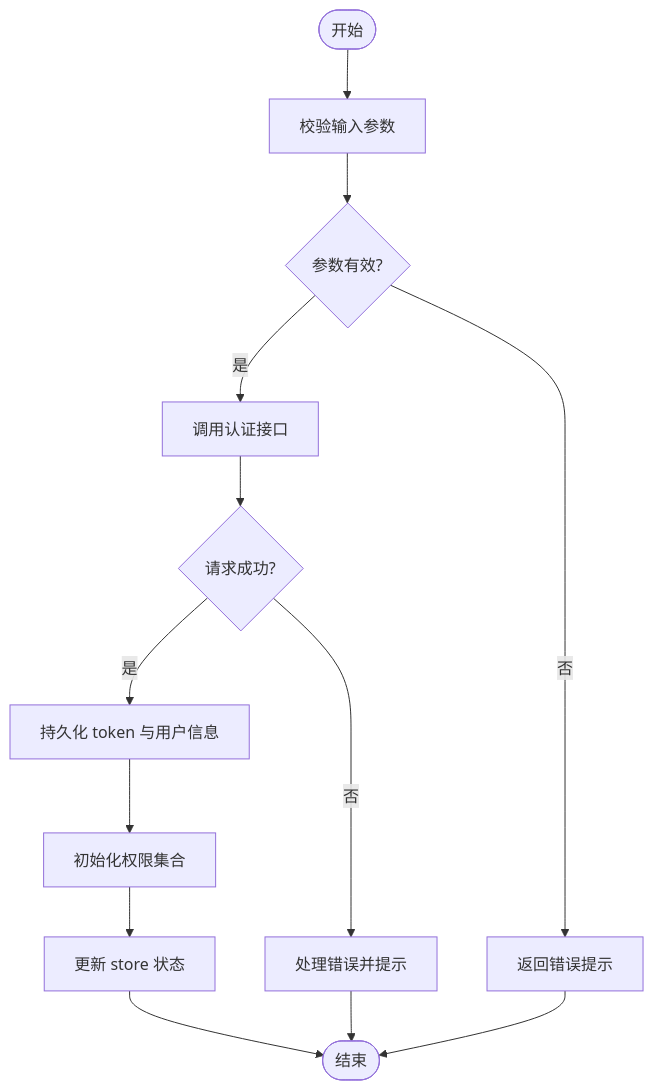
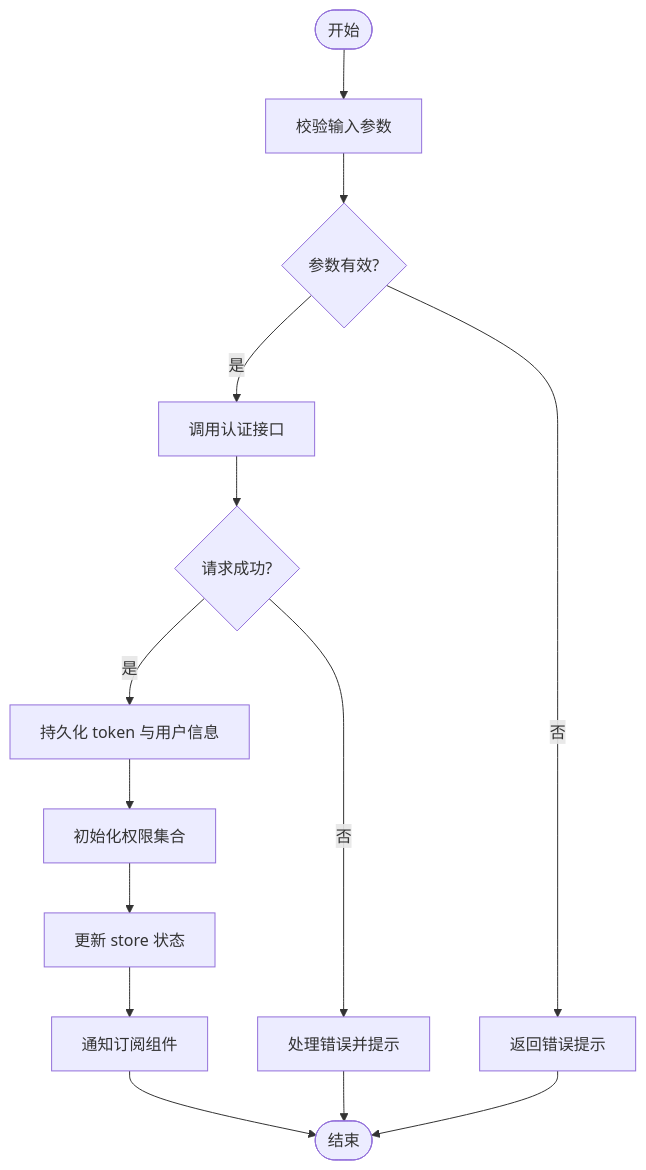
One commit to Damao997/newproject changed the sixth of 7 diagrams in .qoder/repowiki/zh/content/架构设计/状态管理/Zustand Store设计.md. Above: the diagram before and after it, drawn with Mermaid. The commit also changed other lines of this file and 22 other files, not shown here.

````diff
--- a/.qoder/repowiki/zh/content/架构设计/状态管理/Zustand Store设计.md
+++ b/.qoder/repowiki/zh/content/架构设计/状态管理/Zustand Store设计.md
@@ -301,15 +432,16 @@
 ```mermaid
 flowchart TD
 Start(["开始"]) --> Validate["校验输入参数"]
 Validate --> Valid{"参数有效?"}
 Valid --> |否| ReturnError["返回错误提示"]
 Valid --> |是| CallAPI["调用认证接口"]
 CallAPI --> RespOK{"请求成功?"}
 RespOK --> |否| HandleErr["处理错误并提示"]
 RespOK --> |是| Persist["持久化 token 与用户信息"]
 Persist --> InitPerm["初始化权限集合"]
 InitPerm --> UpdateState["更新 store 状态"]
-UpdateState --> End(["结束"])
+UpdateState --> Notify["通知订阅组件"]
+Notify --> End(["结束"])
 HandleErr --> End
 ReturnError --> End
 ```
````
